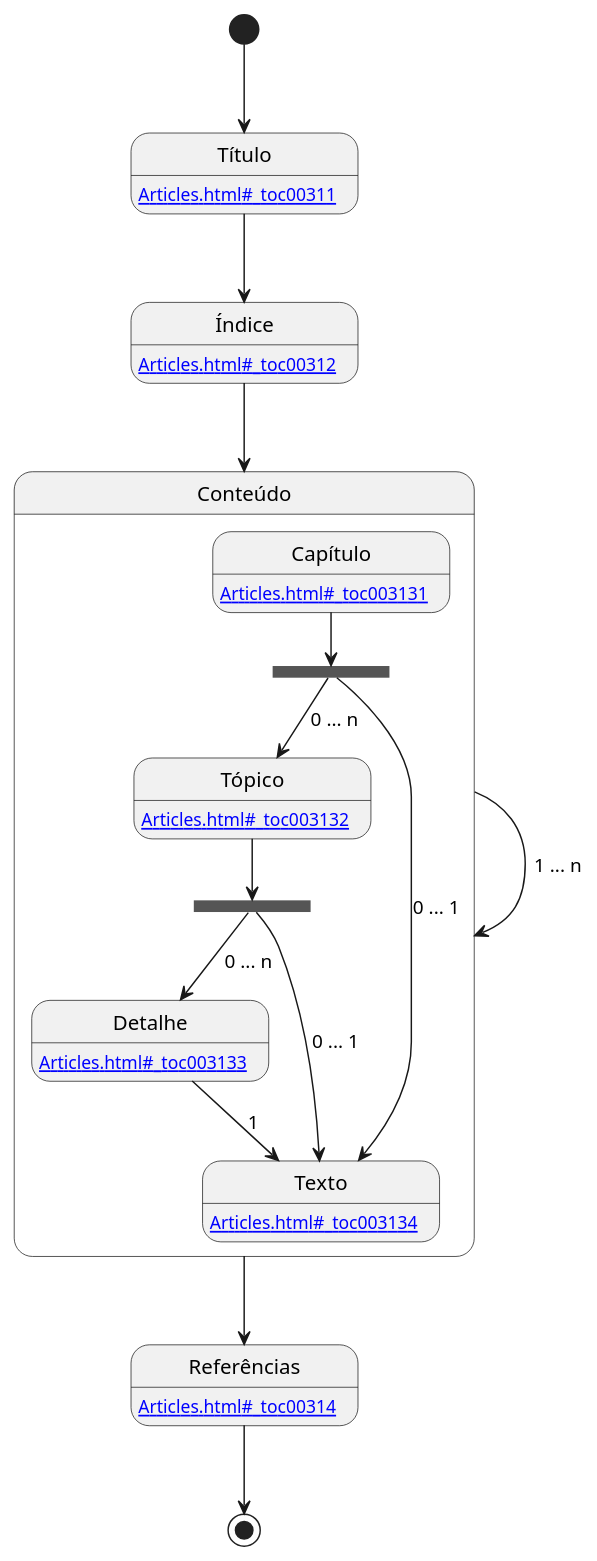
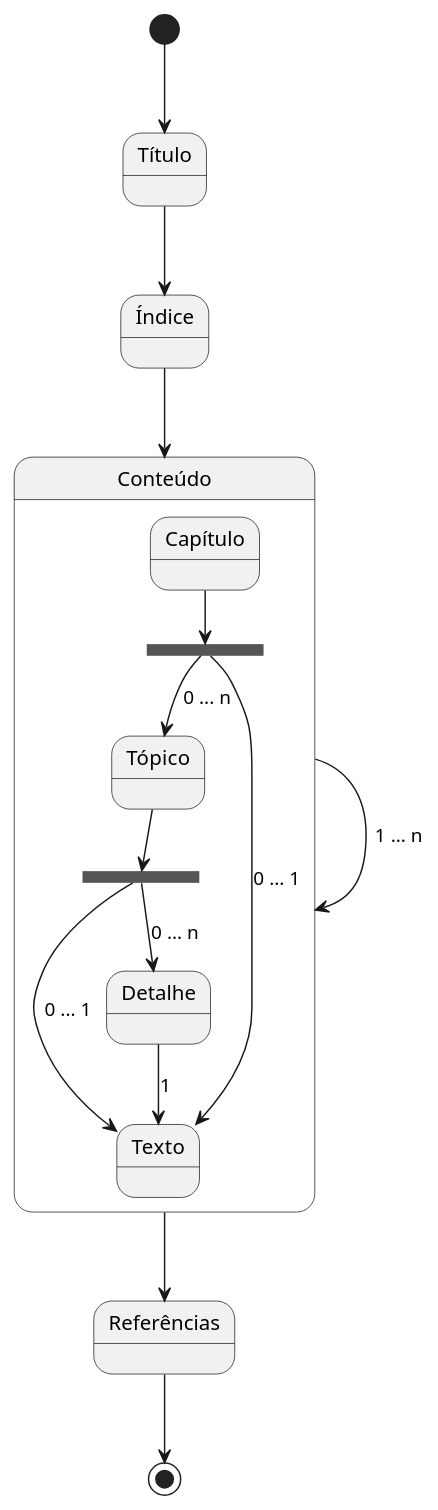
Before and after one commit to GiovaniPM/MyCourses: the diagram in Articles/Articles.md, drawn with PlantUML. The commit also changed 1 other file, not shown here.

Commit message:
giova(LAPTOP-K5TUGPF) 241029234050

````diff
--- a/Articles/Articles.md
+++ b/Articles/Articles.md
@@ -60,36 +60,36 @@
 ```plantuml
 @startuml
 
 [*] --> Título
 Título --> Índice
-Título : [[Articles.html#_toc00311]]
+'Título : [[Articles.html#_toc00311]]
 Índice --> Conteúdo
-Índice : [[Articles.html#_toc00312]]
+'Índice : [[Articles.html#_toc00312]]
 
 state Conteúdo {
-    Capítulo : [[Articles.html#_toc003131]]
-    Tópico : [[Articles.html#_toc003132]]
-    Detalhe : [[Articles.html#_toc003133]]
-    Texto : [[Articles.html#_toc003134]]
+    'Capítulo : [[Articles.html#_toc003131]]
+    'Tópico : [[Articles.html#_toc003132]]
+    'Detalhe : [[Articles.html#_toc003133]]
+    'Texto : [[Articles.html#_toc003134]]
     
     state cap_top <<fork>>
     Capítulo --> cap_top
     cap_top --> Tópico : 0 ... n
     cap_top --> Texto : 0 ... 1
     
     state top_det <<fork>>
     Tópico --> top_det
     top_det --> Detalhe : 0 ... n
     top_det --> Texto : 0 ... 1
     
     Detalhe --> Texto : 1
 }
 
 Conteúdo --> Conteúdo : 1 ... n
 
 Conteúdo --> Referências
 Referências --> [*]
-Referências : [[Articles.html#_toc00314]]
+'Referências : [[Articles.html#_toc00314]]
 
 @enduml
 ```
````
